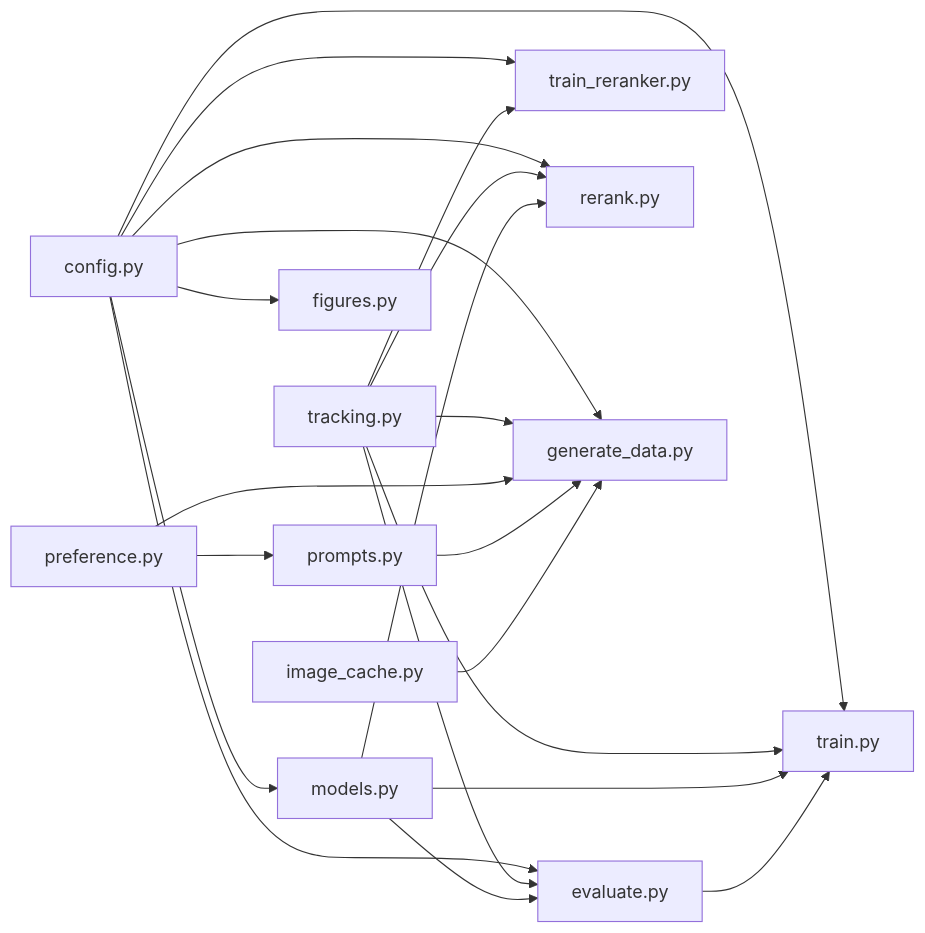
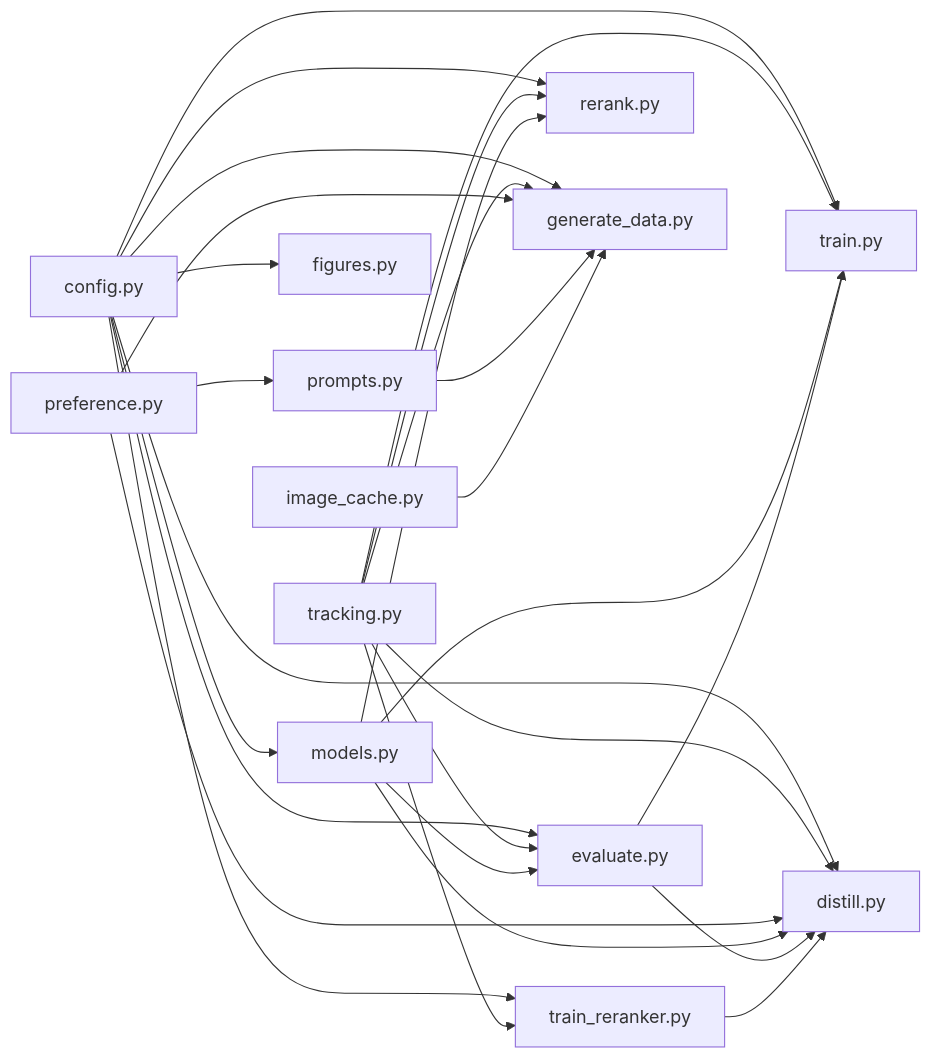
One commit to u-masao/qwen3-vl-demo changed the second of 2 diagrams in docs/architecture.md. Above: the diagram before and after it, drawn with Mermaid. The commit also changed other lines of this file and 4 other files, not shown here.

First line of the commit message:
docs: 知識蒸留をドキュメントへ反映（architecture/specification/how-it-works/README）

````diff
--- a/docs/architecture.md
+++ b/docs/architecture.md
@@ -66,40 +81,47 @@
 ```mermaid
 graph LR
     config["config.py"]
     tracking["tracking.py"]
     preference["preference.py"]
     image_cache["image_cache.py"]
     prompts["prompts.py"]
     models["models.py"]
     evaluate["evaluate.py"]
     train["train.py"]
     train_reranker["train_reranker.py"]
     rerank["rerank.py"]
+    distill["distill.py"]
     figures["figures.py"]
     gendata["generate_data.py"]
 
     config --> gendata
     config --> models
     config --> evaluate
     config --> train
     config --> train_reranker
     config --> rerank
+    config --> distill
     config --> figures
 
     tracking --> gendata
     tracking --> evaluate
     tracking --> train
     tracking --> train_reranker
     tracking --> rerank
+    tracking --> distill
 
     preference --> prompts
     preference --> gendata
+    preference --> distill
     prompts --> gendata
     image_cache --> gendata
 
     models --> evaluate
     models --> train
     models --> rerank
+    models --> distill
 
     evaluate --> train
+    evaluate --> distill
+    train_reranker --> distill
 ```
````
